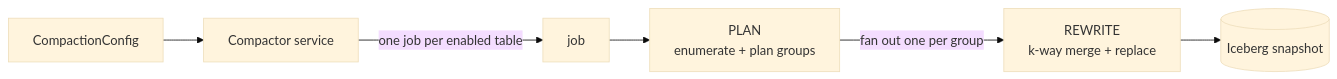
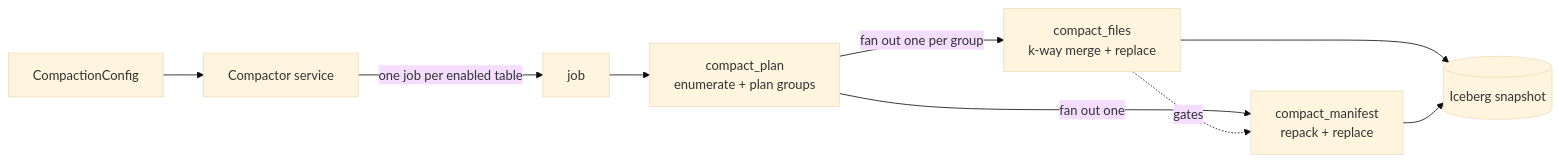
Before and after one commit to icegatetech/icegate: the diagram in crates/icegate-maintain/src/compact/README.md, drawn with Mermaid (base theme). The commit also changed other lines of this file and 1 other file, not shown here.

````diff
--- a/crates/icegate-maintain/src/compact/README.md
+++ b/crates/icegate-maintain/src/compact/README.md
@@ -31,8 +34,11 @@
 ```mermaid
 flowchart LR
     CFG[CompactionConfig] --> CMP[Compactor service]
     CMP -->|one job per enabled table| J[job]
-    J --> P[PLAN<br/>enumerate + plan groups]
-    P -->|fan out one per group| R[REWRITE<br/>k-way merge + replace]
+    J --> P[compact_plan<br/>enumerate + plan groups]
+    P -->|fan out one per group| R[compact_files<br/>k-way merge + replace]
+    P -->|fan out one| M[compact_manifest<br/>repack + replace]
+    R -.->|gates| M
     R --> IC[(Iceberg snapshot)]
+    M --> IC
 ```
````
